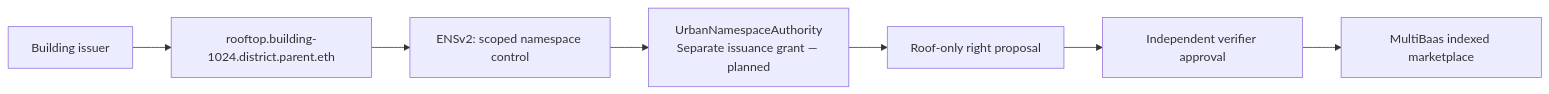
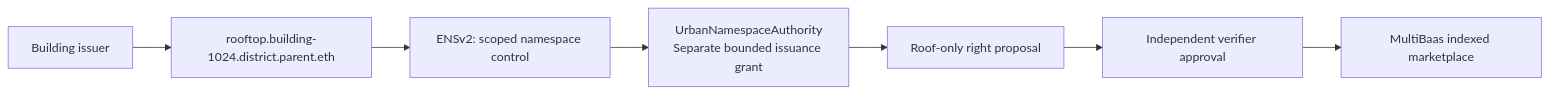
Before and after one commit to natsukingly/tokenize-tokyo: the diagram in docs/pitch/ENS_IMPLEMENTATION.md, drawn with Mermaid. The commit also changed other lines of this file and 98 other files, not shown here.

First line of the commit message:
docs: document product flows and verified Sepolia ENS integration

````diff
--- a/docs/pitch/ENS_IMPLEMENTATION.md
+++ b/docs/pitch/ENS_IMPLEMENTATION.md
@@ -9,9 +9,9 @@
 ```mermaid
 flowchart LR
     B["Building issuer"] --> S["rooftop.building-1024.district.parent.eth"]
     S --> N["ENSv2: scoped namespace control"]
-    N --> A["UrbanNamespaceAuthority\nSeparate issuance grant — planned"]
+    N --> A["UrbanNamespaceAuthority\nSeparate bounded issuance grant"]
     A --> R["Roof-only right proposal"]
     R --> V["Independent verifier approval"]
     V --> M["MultiBaas indexed marketplace"]
 ```
````
